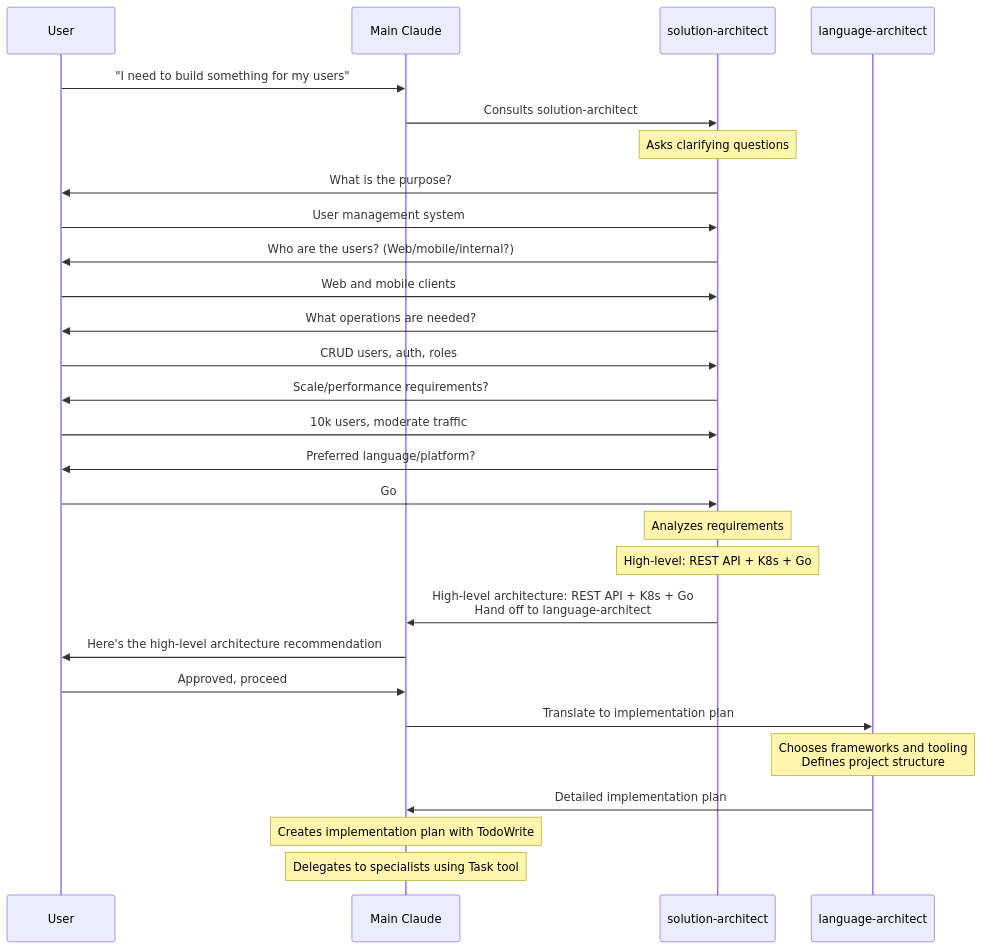
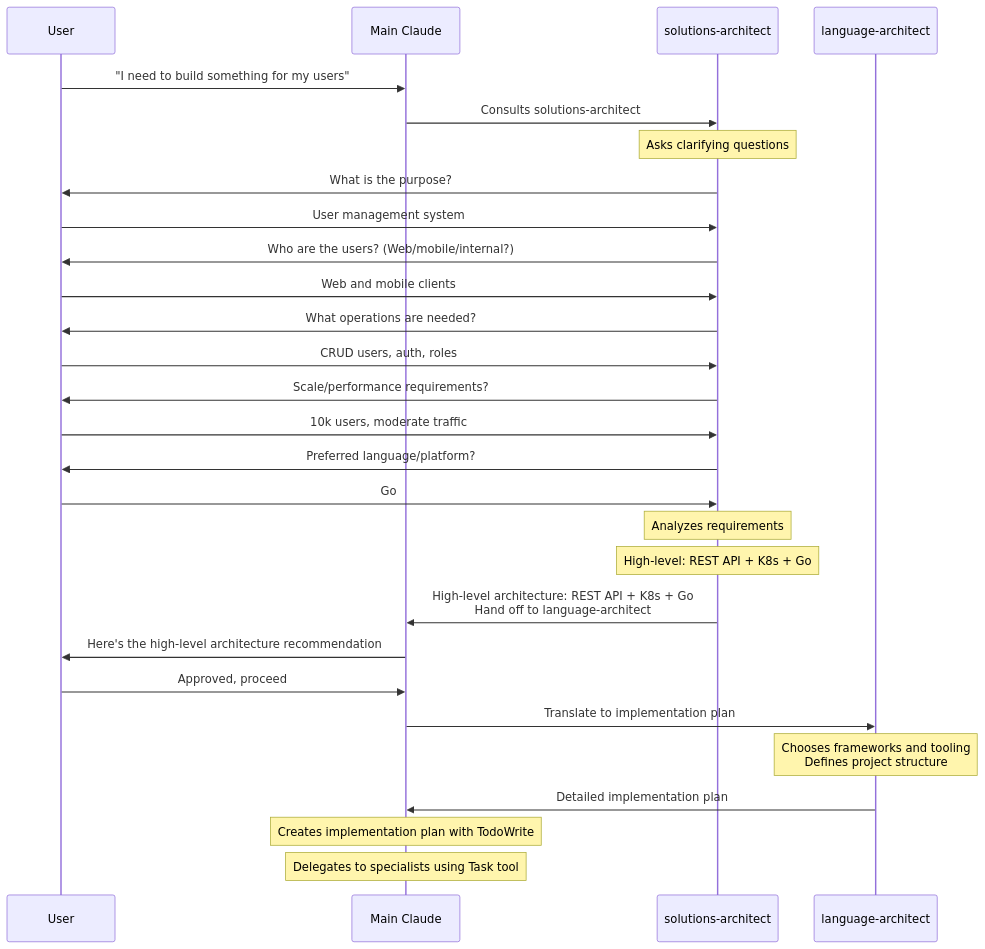
One commit to twistingmercury/claude-code-setup changed the second of 10 diagrams in agents/ABOUT-THE-AGENTS.md. Above: the diagram before and after it, drawn with Mermaid. The commit also changed other lines of this file and 16 other files, not shown here.

````diff
--- a/agents/ABOUT-THE-AGENTS.md
+++ b/agents/ABOUT-THE-AGENTS.md
@@ -66,42 +66,42 @@
 ```mermaid
 sequenceDiagram
 participant User
 participant Main as Main Claude
-participant SoftArch as solution-architect
+participant SoftArch as solutions-architect
 participant LangArch as language-architect
 
     User->>Main: "I need to build something for my users"
-    Main->>SoftArch: Consults solution-architect
+    Main->>SoftArch: Consults solutions-architect
 
     Note over SoftArch: Asks clarifying questions
 
     SoftArch->>User: What is the purpose?
     User->>SoftArch: User management system
 
     SoftArch->>User: Who are the users? (Web/mobile/internal?)
     User->>SoftArch: Web and mobile clients
 
     SoftArch->>User: What operations are needed?
     User->>SoftArch: CRUD users, auth, roles
 
     SoftArch->>User: Scale/performance requirements?
     User->>SoftArch: 10k users, moderate traffic
 
     SoftArch->>User: Preferred language/platform?
     User->>SoftArch: Go
 
     Note over SoftArch: Analyzes requirements
     Note over SoftArch: High-level: REST API + K8s + Go
 
     SoftArch->>Main: High-level architecture: REST API + K8s + Go<br/>Hand off to language-architect
     Main->>User: Here's the high-level architecture recommendation
     User->>Main: Approved, proceed
 
     Main->>LangArch: Translate to implementation plan
     Note over LangArch: Chooses frameworks and tooling<br/>Defines project structure
 
     LangArch->>Main: Detailed implementation plan
     Note over Main: Creates implementation plan with TodoWrite
     Note over Main: Delegates to specialists using Task tool
 
 ```
````
